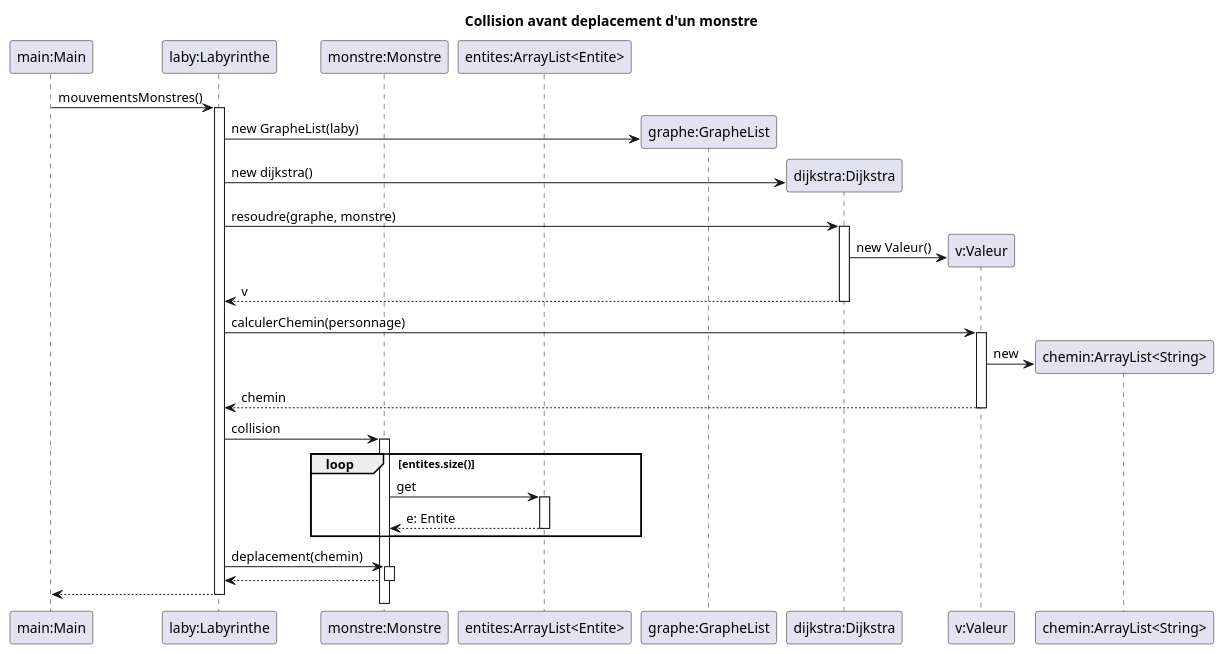
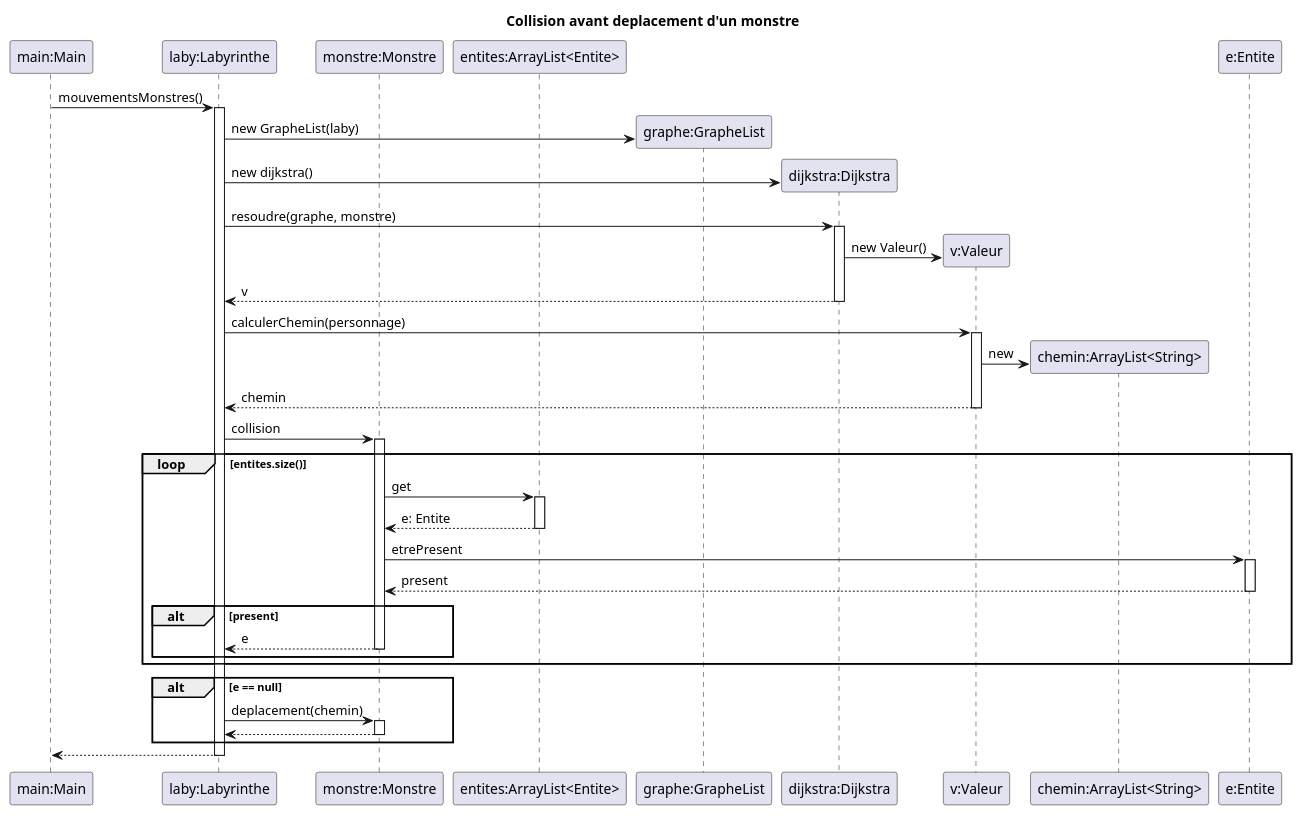
The diagram in zeldiablo/src/gameLaby/Fonctionnement_Sequence.puml (adrienMGN/2024_Zeldiablo_mangin225u_dewasch2u_favier36u_fontaine_noel332u), drawn with PlantUML before and after one commit. The commit also changed 3 other files, not shown here.

Commit message:
diagramme

```diff
--- a/zeldiablo/src/gameLaby/Fonctionnement_Sequence.puml
+++ b/zeldiablo/src/gameLaby/Fonctionnement_Sequence.puml
@@ -1,48 +1,58 @@
 @startuml
 title Collision avant deplacement d'un monstre
 
 participant "main:Main" as main
 participant "laby:Labyrinthe" as laby
 participant "monstre:Monstre" as monstre
 participant "entites:ArrayList<Entite>" as entites
 
 
 main -> laby: mouvementsMonstres()
 activate laby
 create "graphe:GrapheList" as graphe
 laby -> graphe: new GrapheList(laby)
 create "dijkstra:Dijkstra" as dijkstra
 laby -> dijkstra: new dijkstra()
 
 laby -> dijkstra: resoudre(graphe, monstre)
 activate dijkstra
 create "v:Valeur" as v
 dijkstra -> v: new Valeur()
 dijkstra --> laby: v
 deactivate dijkstra
 
 laby -> v: calculerChemin(personnage)
 activate v
 create "chemin:ArrayList<String>" as chemin
 v -> chemin: new
 v --> laby: chemin
 deactivate v
 
 laby -> monstre: collision
 activate monstre
 loop entites.size()
     monstre -> entites: get
     activate entites
     entites --> monstre: e: Entite
     deactivate entites
+
+    monstre -> "e:Entite" as e : etrePresent
+    activate e
+    e --> monstre: present
+    deactivate e
+
+    alt present
+    monstre --> laby: e
+    deactivate monstre
+    end
 end
-
+alt e == null
 laby -> monstre: deplacement(chemin)
 activate monstre
 monstre --> laby
 deactivate monstre
-
+end
 laby --> main
 deactivate laby
 
 @enduml
```
